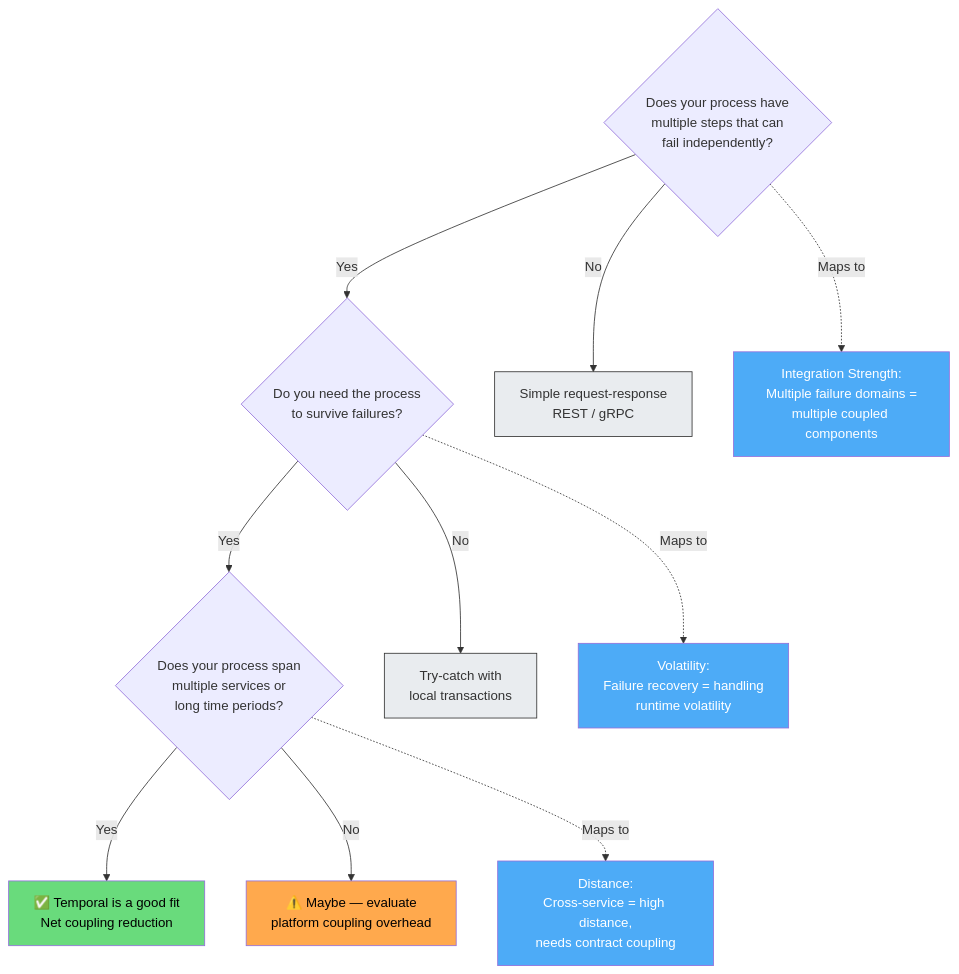
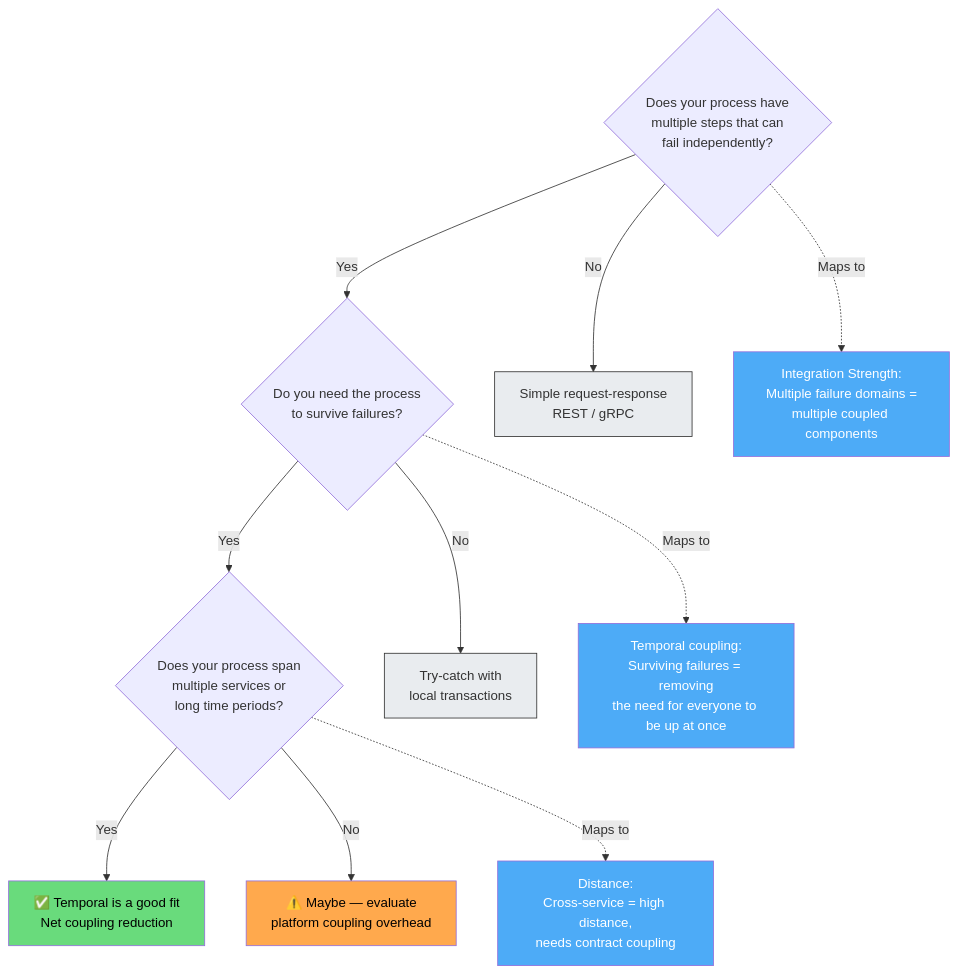
Diagram 11 of 12 in durable-execution-orchestration.md (anaerobic/coupling), drawn with Mermaid before and after one commit. The commit also changed other lines of this file and 8 other files, not shown here.

````diff
--- a/durable-execution-orchestration.md
+++ b/durable-execution-orchestration.md
@@ -764,24 +845,24 @@
 ```mermaid
 flowchart TD
     Q1{"Does your process have<br/>multiple steps that can<br/>fail independently?"}
     Q1 -->|"Yes"| Q2{"Do you need the process<br/>to survive failures?"}
     Q1 -->|"No"| Alt1["Simple request-response<br/>REST / gRPC"]
 
     Q2 -->|"Yes"| Q3{"Does your process span<br/>multiple services or<br/>long time periods?"}
     Q2 -->|"No"| Alt2["Try-catch with<br/>local transactions"]
 
     Q3 -->|"Yes"| Fit["✅ Temporal is a good fit<br/>Net coupling reduction"]
     Q3 -->|"No"| Maybe["⚠️ Maybe — evaluate<br/>platform coupling overhead"]
 
     Q1 -.->|"Maps to"| IS["Integration Strength:<br/>Multiple failure domains =<br/>multiple coupled components"]
-    Q2 -.->|"Maps to"| VOL["Volatility:<br/>Failure recovery = handling<br/>runtime volatility"]
+    Q2 -.->|"Maps to"| VOL["Temporal coupling:<br/>Surviving failures = removing<br/>the need for everyone to be up at once"]
     Q3 -.->|"Maps to"| DIST["Distance:<br/>Cross-service = high distance,<br/>needs contract coupling"]
 
     style Fit fill:#69db7c,color:#000
     style Alt1 fill:#e9ecef,stroke:#333
     style Alt2 fill:#e9ecef,stroke:#333
     style Maybe fill:#ffa94d,color:#000
     style IS fill:#4dabf7,color:#fff
     style VOL fill:#4dabf7,color:#fff
     style DIST fill:#4dabf7,color:#fff
 ```
````
